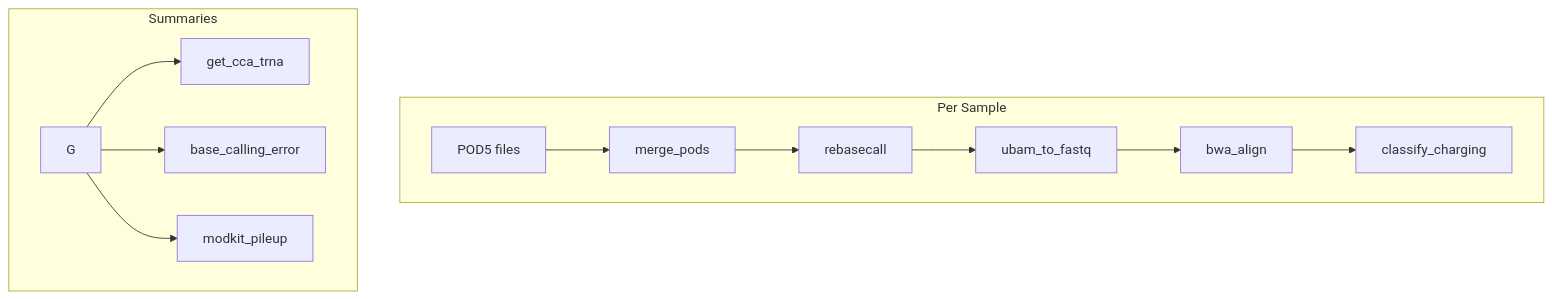
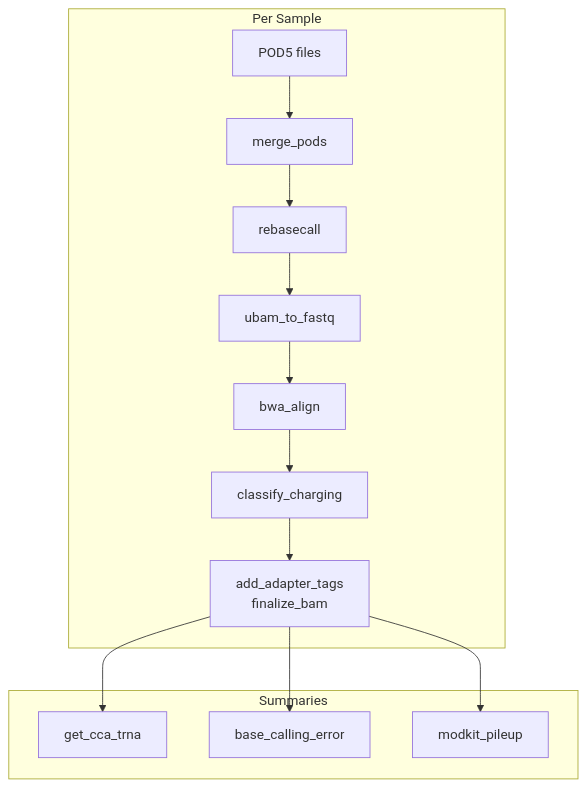
The third of 4 diagrams in docs/development/architecture.md (rnabioco/aa-tRNA-seq-pipeline), drawn with Mermaid before and after one commit. The commit also changed 4 other files, not shown here.

Commit message:
docs: reconnect the mermaid diagrams orphaned by the transfer_bam_tags removal (#118)

````diff
--- a/docs/development/architecture.md
+++ b/docs/development/architecture.md
@@ -153,16 +153,17 @@
 ```mermaid
 flowchart TD
     subgraph Per Sample
         A[POD5 files] --> B[merge_pods]
         B --> C[rebasecall]
         C --> D[ubam_to_fastq]
         D --> E[bwa_align]
         E --> F[classify_charging]
+        F --> G[add_adapter_tags<br/>finalize_bam]
     end
 
     subgraph Summaries
         G --> H[get_cca_trna]
         G --> I[base_calling_error]
         G --> J[modkit_pileup]
     end
 ```
````
